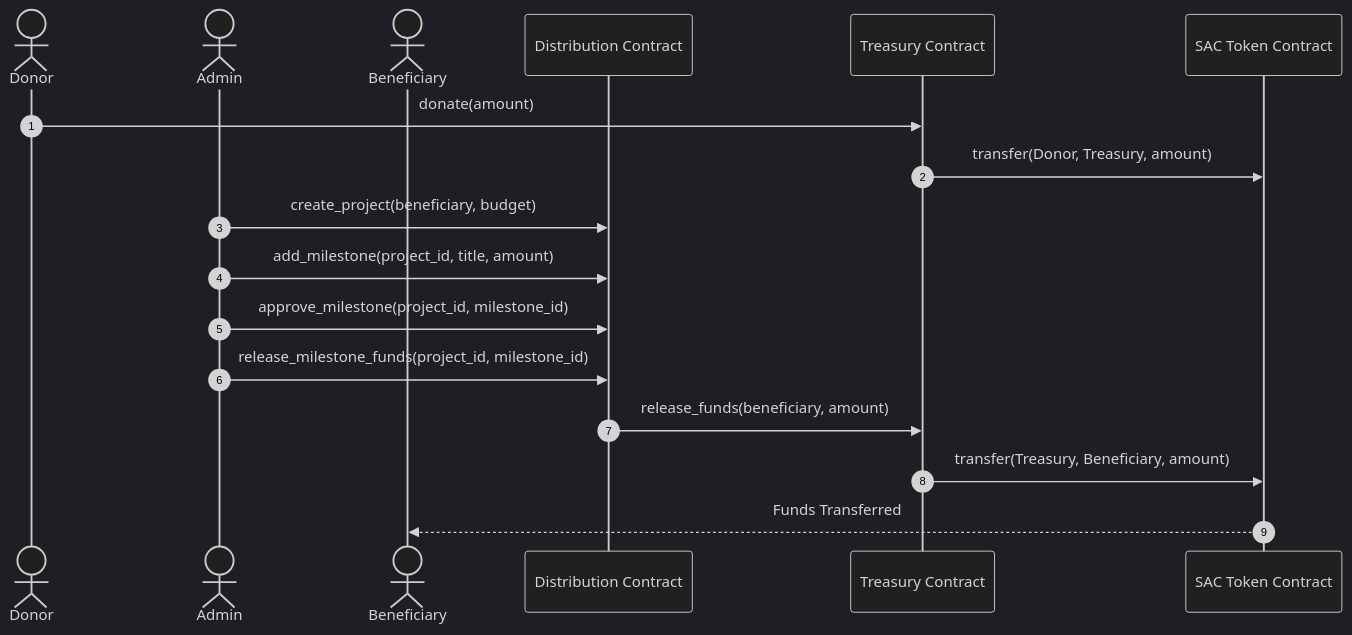
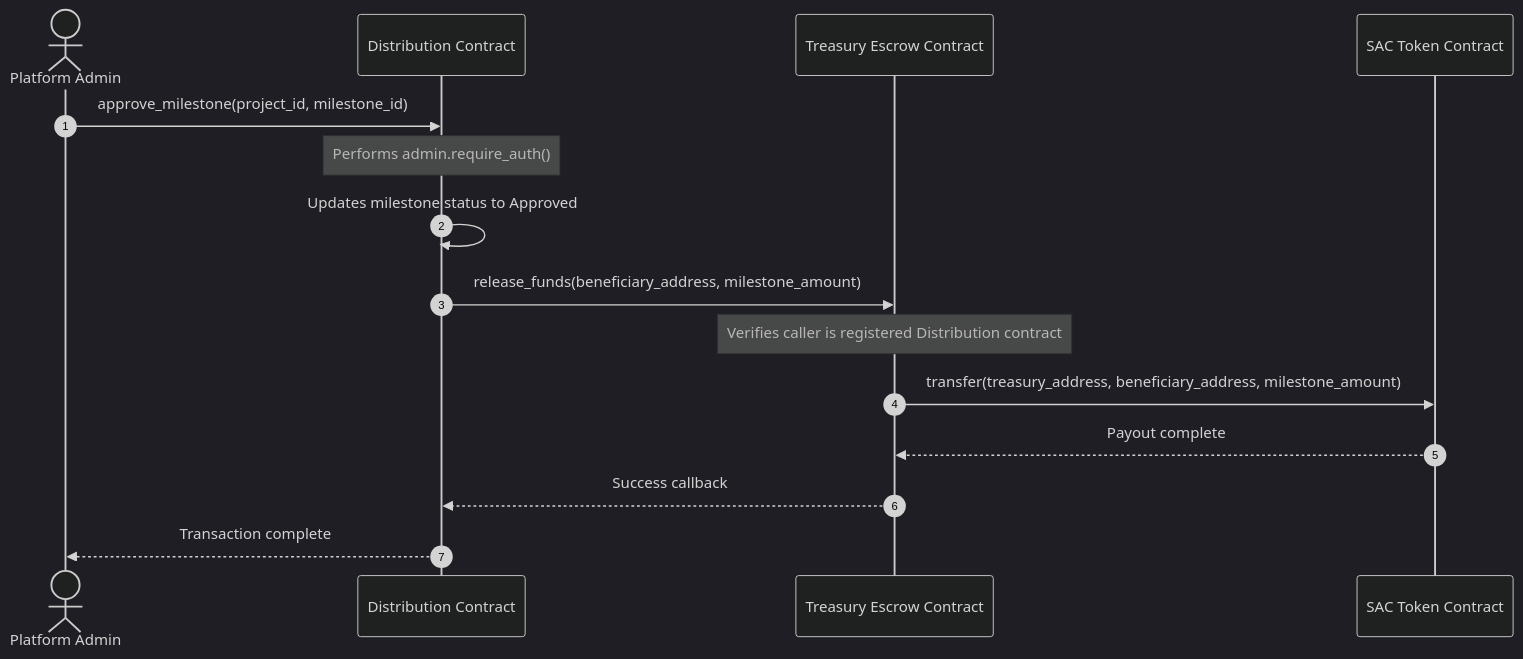
The second of 2 diagrams in README.md (drishyam27/Truvial), drawn with Mermaid (dark theme) before and after one commit. The commit also changed other lines of this file, not shown here.

Commit message:
docs: restructure README.md to match VedaCert layout and document actual Testnet contract deployments

````diff
--- a/README.md
+++ b/README.md
@@ -46,20 +174,18 @@
 ```mermaid
 sequenceDiagram
     autonumber
-    actor Donor
-    actor Admin
-    actor Beneficiary
-    participant DistContract as Distribution Contract
-    participant TreasContract as Treasury Contract
-    participant TokenContract as SAC Token Contract
+    actor Admin as Platform Admin
+    participant Dist as Distribution Contract
+    participant Treasury as Treasury Escrow Contract
+    participant Token as SAC Token Contract
 
-    Donor->>TreasContract: donate(amount)
-    TreasContract->>TokenContract: transfer(Donor, Treasury, amount)
-    Admin->>DistContract: create_project(beneficiary, budget)
-    Admin->>DistContract: add_milestone(project_id, title, amount)
-    Admin->>DistContract: approve_milestone(project_id, milestone_id)
-    Admin->>DistContract: release_milestone_funds(project_id, milestone_id)
-    DistContract->>TreasContract: release_funds(beneficiary, amount)
-    TreasContract->>TokenContract: transfer(Treasury, Beneficiary, amount)
-    TokenContract-->>Beneficiary: Funds Transferred
+    Admin->>Dist: approve_milestone(project_id, milestone_id)
+    Note over Dist: Performs admin.require_auth()
+    Dist->>Dist: Updates milestone status to Approved
+    Dist->>Treasury: release_funds(beneficiary_address, milestone_amount)
+    Note over Treasury: Verifies caller is registered Distribution contract
+    Treasury->>Token: transfer(treasury_address, beneficiary_address, milestone_amount)
+    Token-->>Treasury: Payout complete
+    Treasury-->>Dist: Success callback
+    Dist-->>Admin: Transaction complete
 ```
````
